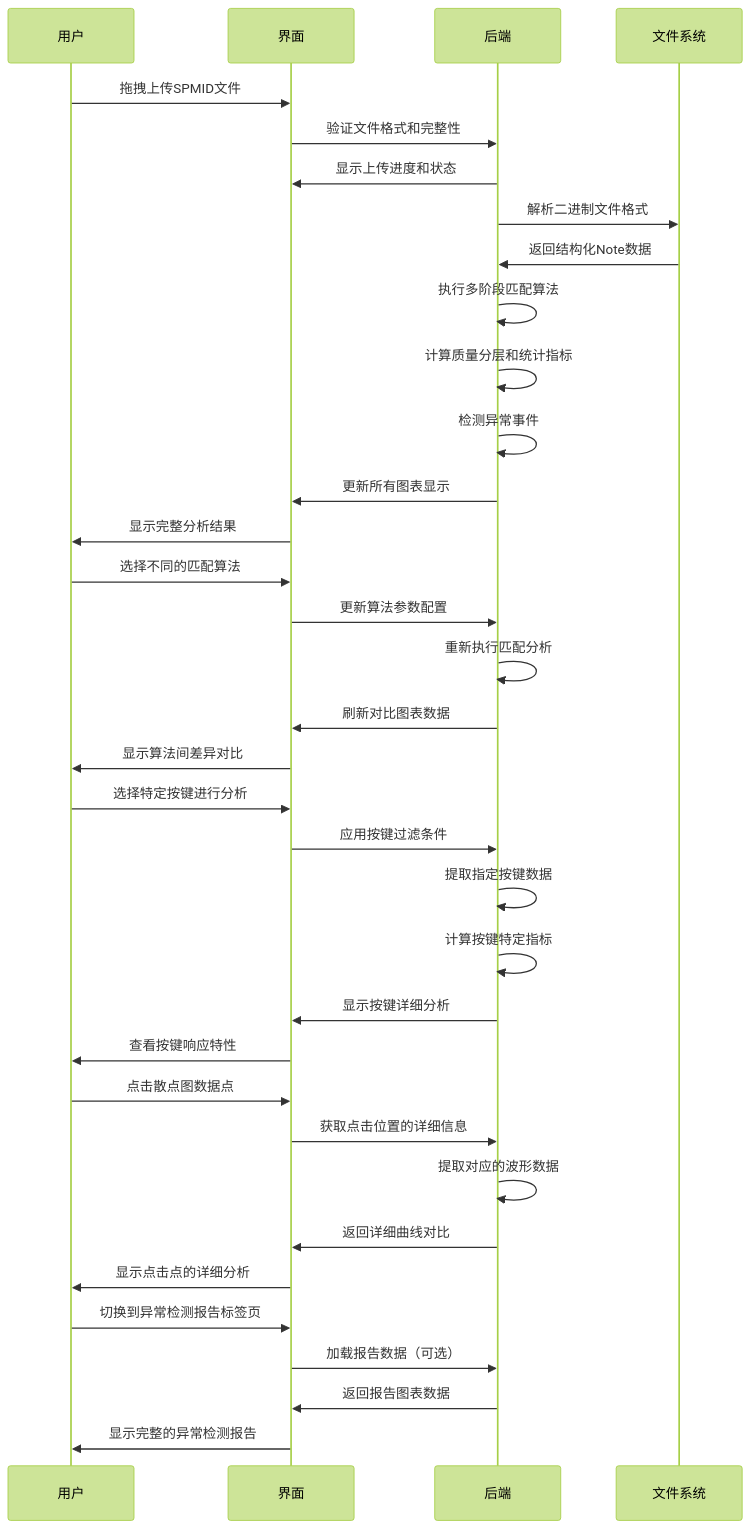
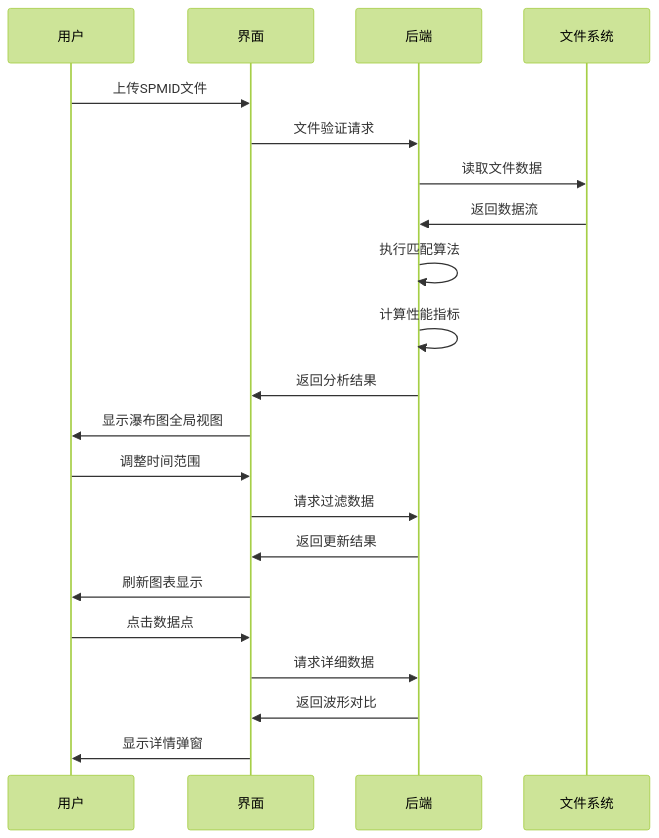
Before and after one commit to XiaoShengSPiano/test_tools: the fourth of 4 diagrams in SPMID数据分析系统最终完整技术文档latest.md, drawn with Mermaid (forest theme). The commit also changed other lines of this file and 6 other files, not shown here.

Commit message:
重构所有散点图的生成逻辑

````diff
--- a/SPMID数据分析系统最终完整技术文档latest.md
+++ b/SPMID数据分析系统最终完整技术文档latest.md
@@ -662,47 +763,28 @@
 ```mermaid
 sequenceDiagram
     participant U as 用户
     participant UI as 界面
     participant BE as 后端
     participant FS as 文件系统
 
-    %% 文件上传与分析流程
-    U->>UI: 拖拽上传SPMID文件
-    UI->>BE: 验证文件格式和完整性
-    BE->>UI: 显示上传进度和状态
-    BE->>FS: 解析二进制文件格式
-    FS->>BE: 返回结构化Note数据
-    BE->>BE: 执行多阶段匹配算法
-    BE->>BE: 计算质量分层和统计指标
-    BE->>BE: 检测异常事件
-    BE->>UI: 更新所有图表显示
-    UI->>U: 显示完整分析结果
+    %% 核心分析流程
+    U->>UI: 上传SPMID文件
+    UI->>BE: 文件验证请求
+    BE->>FS: 读取文件数据
+    FS->>BE: 返回数据流
+    BE->>BE: 执行匹配算法
+    BE->>BE: 计算性能指标
+    BE->>UI: 返回分析结果
+    UI->>U: 显示瀑布图全局视图
 
-    %% 算法配置与切换流程
-    U->>UI: 选择不同的匹配算法
-    UI->>BE: 更新算法参数配置
-    BE->>BE: 重新执行匹配分析
-    BE->>UI: 刷新对比图表数据
-    UI->>U: 显示算法间差异对比
+    %% 基本交互流程
+    U->>UI: 调整时间范围
+    UI->>BE: 请求过滤数据
+    BE->>UI: 返回更新结果
+    UI->>U: 刷新图表显示
 
-    %% 按键级别筛选流程
-    U->>UI: 选择特定按键进行分析
-    UI->>BE: 应用按键过滤条件
-    BE->>BE: 提取指定按键数据
-    BE->>BE: 计算按键特定指标
-    BE->>UI: 显示按键详细分析
-    UI->>U: 查看按键响应特性
-
-    %% 图表点击交互流程
-    U->>UI: 点击散点图数据点
-    UI->>BE: 获取点击位置的详细信息
-    BE->>BE: 提取对应的波形数据
-    BE->>UI: 返回详细曲线对比
-    UI->>U: 显示点击点的详细分析
-
-    %% 标签页切换流程
-    U->>UI: 切换到异常检测报告标签页
-    UI->>BE: 加载报告数据（可选）
-    BE->>UI: 返回报告图表数据
-    UI->>U: 显示完整的异常检测报告
+    U->>UI: 点击数据点
+    UI->>BE: 请求详细数据
+    BE->>UI: 返回波形对比
+    UI->>U: 显示详情弹窗
 ```
````
